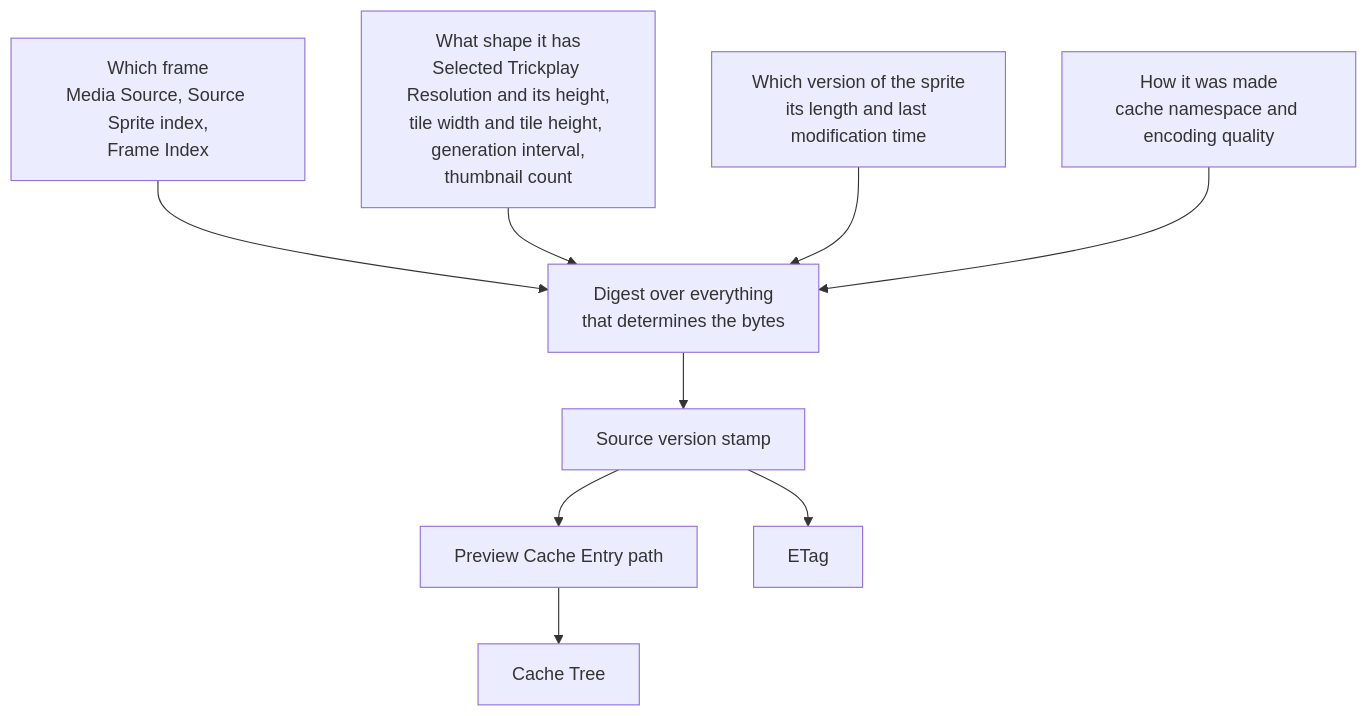
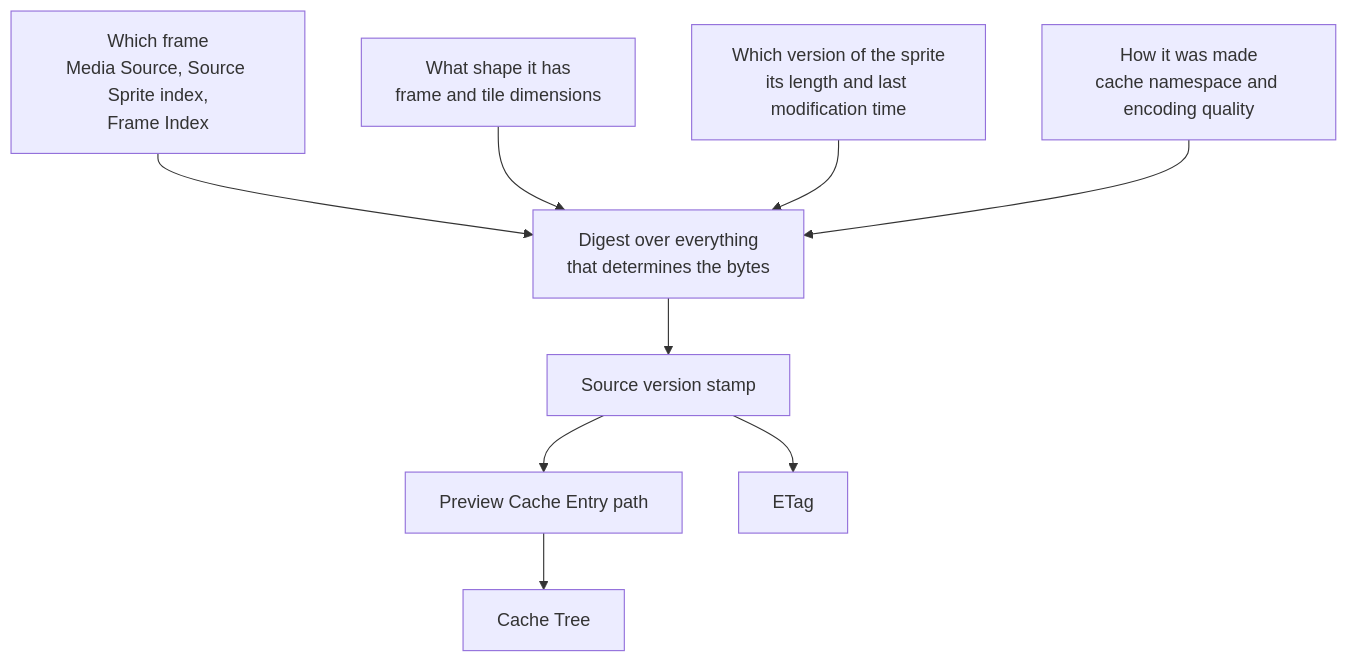
One commit to xiakeng/trickplay-cropper changed the diagram in docs/business/lifecycle/preview-cache.md. Above: the diagram before and after it, drawn with Mermaid. The commit also changed other lines of this file and 25 other files, not shown here.

````diff
--- a/docs/business/lifecycle/preview-cache.md
+++ b/docs/business/lifecycle/preview-cache.md
@@ -34,12 +32,12 @@
 ```mermaid
 flowchart TD
     Where["Which frame<br/>Media Source, Source Sprite index,<br/>Frame Index"] --> D["Digest over everything<br/>that determines the bytes"]
-    Shape["What shape it has<br/>Selected Trickplay Resolution and its height,<br/>tile width and tile height, generation interval,<br/>thumbnail count"] --> D
+    Shape["What shape it has<br/>frame and tile dimensions"] --> D
     Version["Which version of the sprite<br/>its length and last modification time"] --> D
     How["How it was made<br/>cache namespace and encoding quality"] --> D
 
     D --> Stamp["Source version stamp"]
     Stamp --> Path["Preview Cache Entry path"]
     Stamp --> Tag["ETag"]
     Path --> Tree["Cache Tree"]
 ```
````
